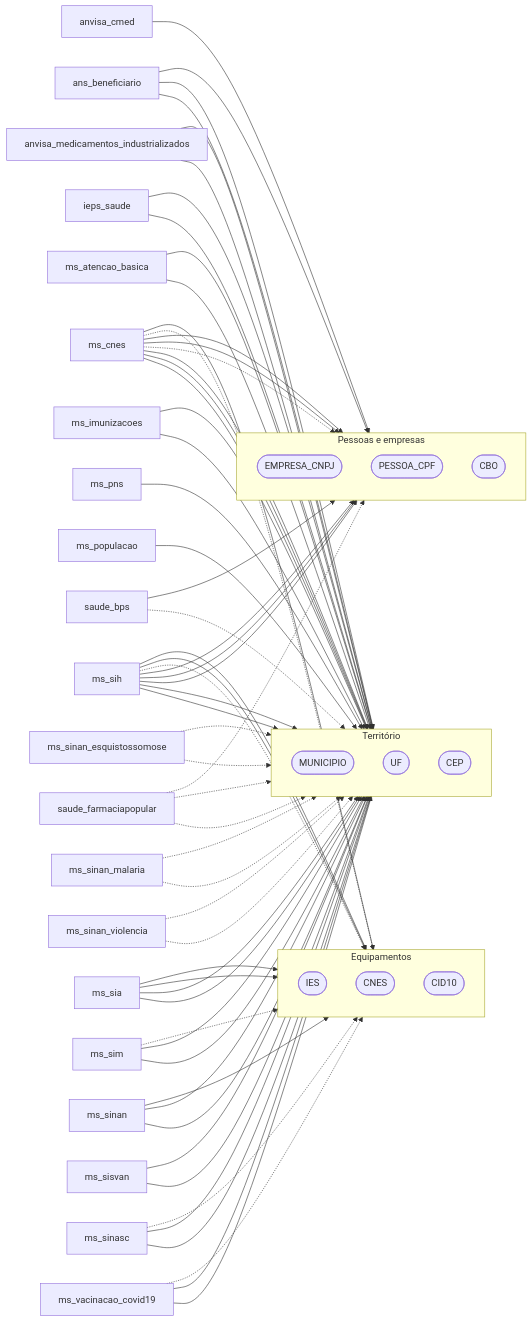
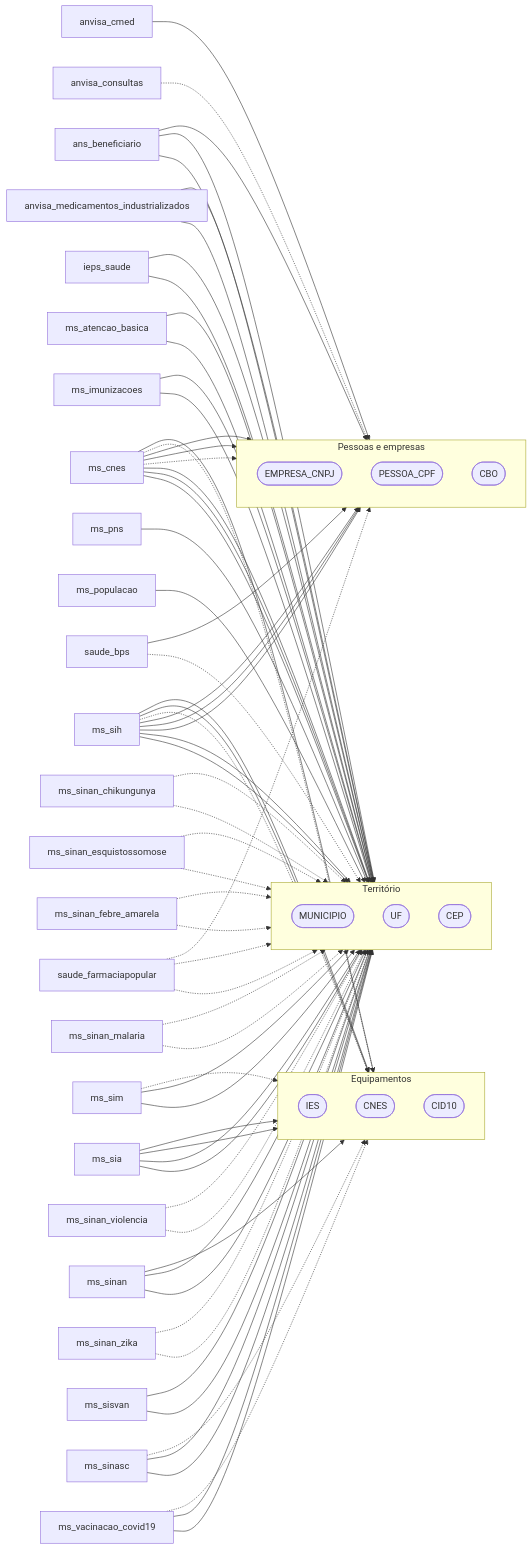
One commit to rafapolo/rodado changed the third of 12 diagrams in docs/Flow.md. Above: the diagram before and after it, drawn with Mermaid. The commit also changed other lines of this file and 4 other files, not shown here.

First line of the commit message:
docs: regenera Flow.md/Temas.md (226 datasets), remove benchmarks obsoletos

```diff
--- a/docs/Flow.md
+++ b/docs/Flow.md
@@ -175,6 +178,7 @@
 flowchart LR
     saude_br_ans_beneficiario["ans_beneficiario"]
     saude_br_anvisa_cmed["anvisa_cmed"]
+    saude_br_anvisa_consultas["anvisa_consultas"]
     saude_br_anvisa_medicamentos_industrializados["anvisa_medicamentos_industrializados"]
     saude_br_ieps_saude["ieps_saude"]
     saude_br_ms_atencao_basica["ms_atencao_basica"]
@@ -186,9 +190,12 @@
     saude_br_ms_sih["ms_sih"]
     saude_br_ms_sim["ms_sim"]
     saude_br_ms_sinan["ms_sinan"]
+    saude_br_ms_sinan_chikungunya["ms_sinan_chikungunya"]
     saude_br_ms_sinan_esquistossomose["ms_sinan_esquistossomose"]
+    saude_br_ms_sinan_febre_amarela["ms_sinan_febre_amarela"]
     saude_br_ms_sinan_malaria["ms_sinan_malaria"]
     saude_br_ms_sinan_violencia["ms_sinan_violencia"]
+    saude_br_ms_sinan_zika["ms_sinan_zika"]
     saude_br_ms_sinasc["ms_sinasc"]
     saude_br_ms_sisvan["ms_sisvan"]
     saude_br_ms_vacinacao_covid19["ms_vacinacao_covid19"]
@@ -216,6 +223,7 @@
     saude_br_ans_beneficiario --> saude_MUNICIPIO
     saude_br_ans_beneficiario --> saude_UF
     saude_br_anvisa_cmed --> saude_EMPRESA_CNPJ
+    saude_br_anvisa_consultas -.-> saude_EMPRESA_CNPJ
     saude_br_anvisa_medicamentos_industrializados --> saude_MUNICIPIO
     saude_br_anvisa_medicamentos_industrializados --> saude_UF
     saude_br_ieps_saude --> saude_MUNICIPIO
@@ -252,12 +260,18 @@
     saude_br_ms_sinan --> saude_CNES
     saude_br_ms_sinan --> saude_MUNICIPIO
     saude_br_ms_sinan --> saude_UF
+    saude_br_ms_sinan_chikungunya -.-> saude_MUNICIPIO
+    saude_br_ms_sinan_chikungunya -.-> saude_UF
     saude_br_ms_sinan_esquistossomose -.-> saude_MUNICIPIO
     saude_br_ms_sinan_esquistossomose -.-> saude_UF
+    saude_br_ms_sinan_febre_amarela -.-> saude_MUNICIPIO
+    saude_br_ms_sinan_febre_amarela -.-> saude_UF
     saude_br_ms_sinan_malaria -.-> saude_MUNICIPIO
     saude_br_ms_sinan_malaria -.-> saude_UF
     saude_br_ms_sinan_violencia -.-> saude_MUNICIPIO
     saude_br_ms_sinan_violencia -.-> saude_UF
+    saude_br_ms_sinan_zika -.-> saude_MUNICIPIO
+    saude_br_ms_sinan_zika -.-> saude_UF
     saude_br_ms_sinasc -.-> saude_CNES
     saude_br_ms_sinasc --> saude_MUNICIPIO
     saude_br_ms_sinasc --> saude_UF
```
